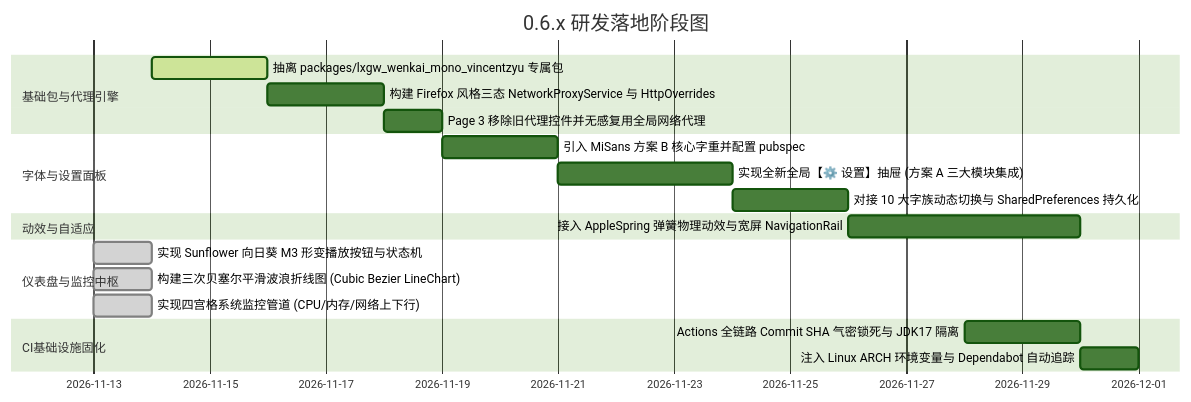
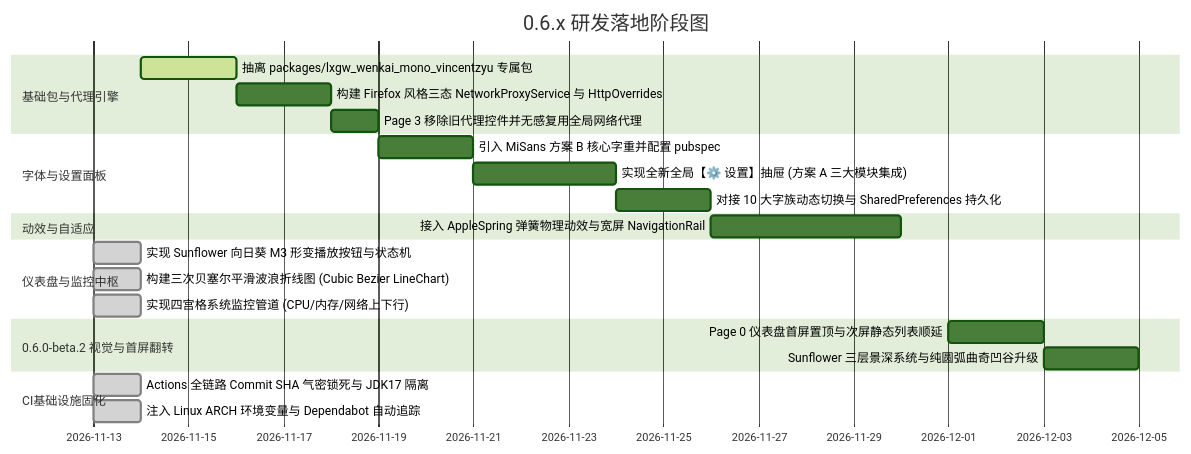
The fifth of 5 diagrams in doc/dev/20261113.新版本0.6.x的字体和界面ui等等优化捏/20261113.新版本0.6.x的字体和界面ui等等优化捏.md (VincentZyuApps/dart-flutter-demo), drawn with Mermaid (forest theme) before and after one commit. The commit also changed other lines of this file, not shown here.

First line of the commit message:
docs(dev): 纳入 0.6.0-beta.2 首屏仪表盘置顶与三层 Sunflower 曲奇光晕规划

````diff
--- a/doc/dev/20261113.新版本0.6.x的字体和界面ui等等优化捏/20261113.新版本0.6.x的字体和界面ui等等优化捏.md
+++ b/doc/dev/20261113.新版本0.6.x的字体和界面ui等等优化捏/20261113.新版本0.6.x的字体和界面ui等等优化捏.md
@@ -232,22 +242,25 @@
 ```mermaid
 gantt
     title 0.6.x 研发落地阶段图
     dateFormat  YYYY-MM-DD
     section 基础包与代理引擎
     抽离 packages/lxgw_wenkai_mono_vincentzyu 专属包 :active, 2026-11-14, 2d
     构建 Firefox 风格三态 NetworkProxyService 与 HttpOverrides :2026-11-16, 2d
     Page 3 移除旧代理控件并无感复用全局网络代理    :2026-11-18, 1d
     section 字体与设置面板
     引入 MiSans 方案 B 核心字重并配置 pubspec :2026-11-19, 2d
     实现全新全局【⚙️ 设置】抽屉 (方案 A 三大模块集成) :2026-11-21, 3d
     对接 10 大字族动态切换与 SharedPreferences 持久化 :2026-11-24, 2d
     section 动效与自适应
     接入 AppleSpring 弹簧物理动效与宽屏 NavigationRail :2026-11-26, 4d
     section 仪表盘与监控中枢
     实现 Sunflower 向日葵 M3 形变播放按钮与状态机 :done, 2026-11-13, 1d
     构建三次贝塞尔平滑波浪折线图 (Cubic Bezier LineChart) :done, 2026-11-13, 1d
     实现四宫格系统监控管道 (CPU/内存/网络上下行) :done, 2026-11-13, 1d
+    section 0.6.0-beta.2 视觉与首屏翻转
+    Page 0 仪表盘首屏置顶与次屏静态列表顺延 :2026-12-01, 2d
+    Sunflower 三层景深系统与纯圆弧曲奇凹谷升级 :2026-12-03, 2d
     section CI基础设施固化
-    Actions 全链路 Commit SHA 气密锁死与 JDK17 隔离 :2026-11-28, 2d
-    注入 Linux ARCH 环境变量与 Dependabot 自动追踪 :2026-11-30, 1d
+    Actions 全链路 Commit SHA 气密锁死与 JDK17 隔离 :done, 2026-11-13, 1d
+    注入 Linux ARCH 环境变量与 Dependabot 自动追踪 :done, 2026-11-13, 1d
 ```
````
